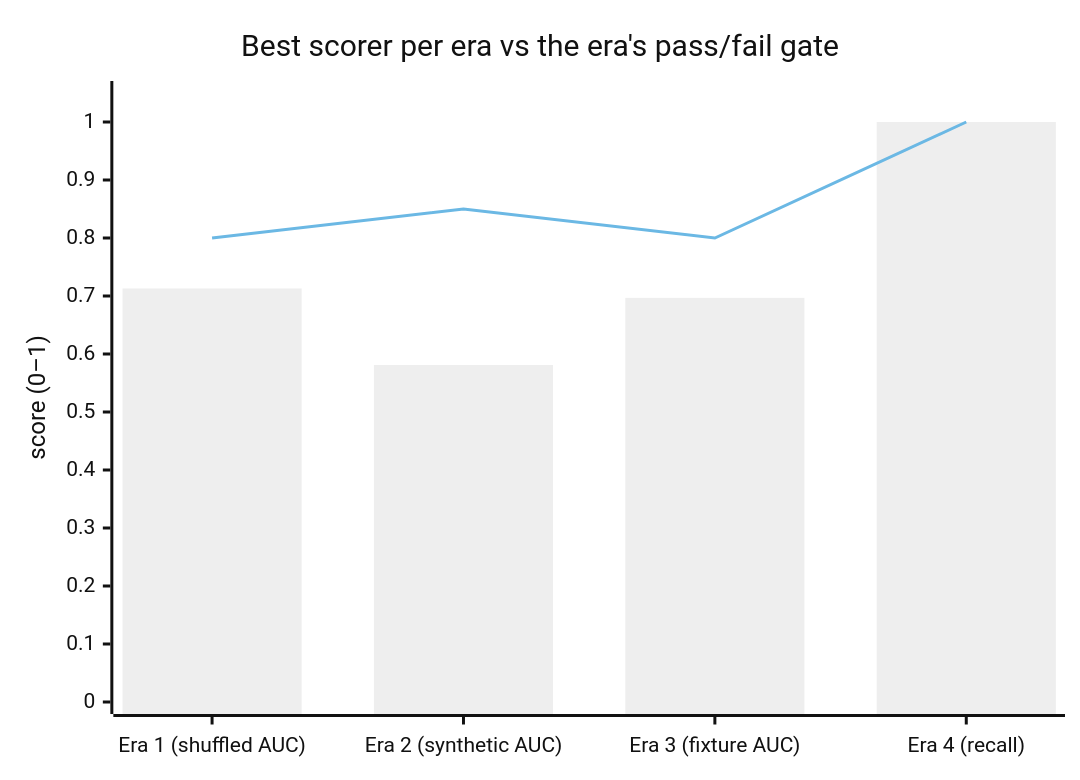
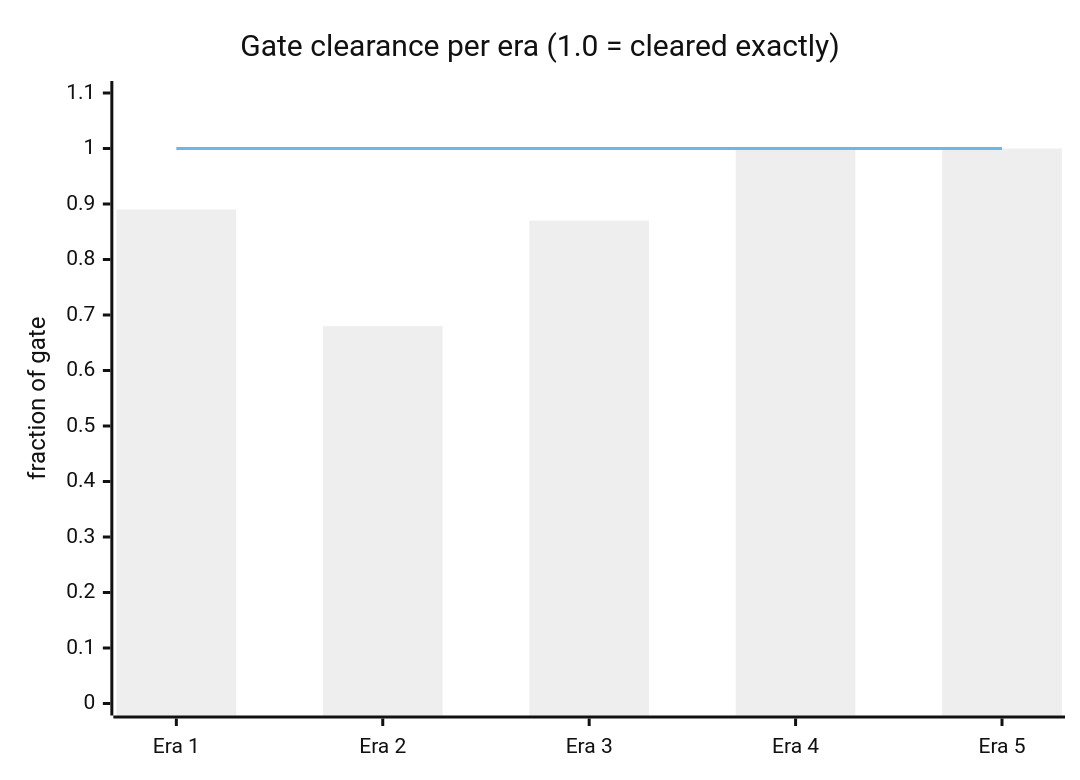
Before and after one commit to get-tmonier/argot: the second of 4 diagrams in docs/research/README.md, drawn with Mermaid (neutral theme). The commit also changed other lines of this file and 37 other files, not shown here.

````diff
--- a/docs/research/README.md
+++ b/docs/research/README.md
@@ -48,8 +56,8 @@
 ```mermaid
 xychart-beta
-    title "Best scorer per era vs the era's pass/fail gate"
-    x-axis ["Era 1 (shuffled AUC)", "Era 2 (synthetic AUC)", "Era 3 (fixture AUC)", "Era 4 (recall)"]
-    y-axis "score (0–1)" 0 --> 1.05
-    bar [0.713, 0.581, 0.6968, 1.0]
-    line [0.80, 0.85, 0.80, 1.0]
+    title "Gate clearance per era (1.0 = cleared exactly)"
+    x-axis ["Era 1", "Era 2", "Era 3", "Era 4", "Era 5"]
+    y-axis "fraction of gate" 0 --> 1.1
+    bar [0.89, 0.68, 0.87, 1.00, 1.00]
+    line [1.0, 1.0, 1.0, 1.0, 1.0]
 ```
````
